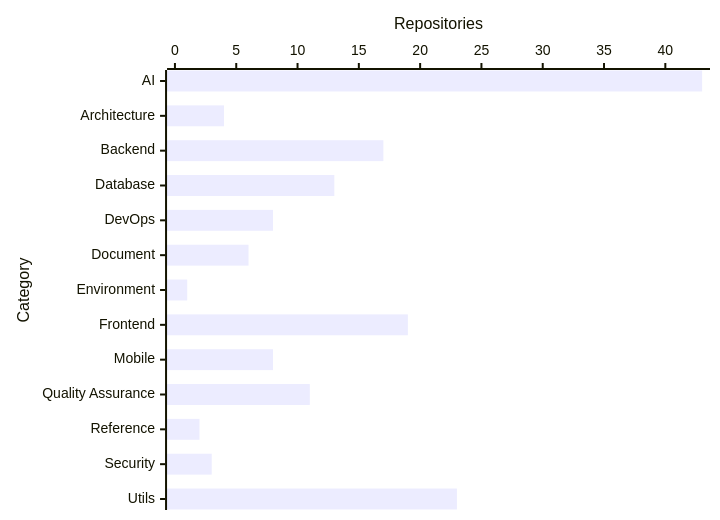
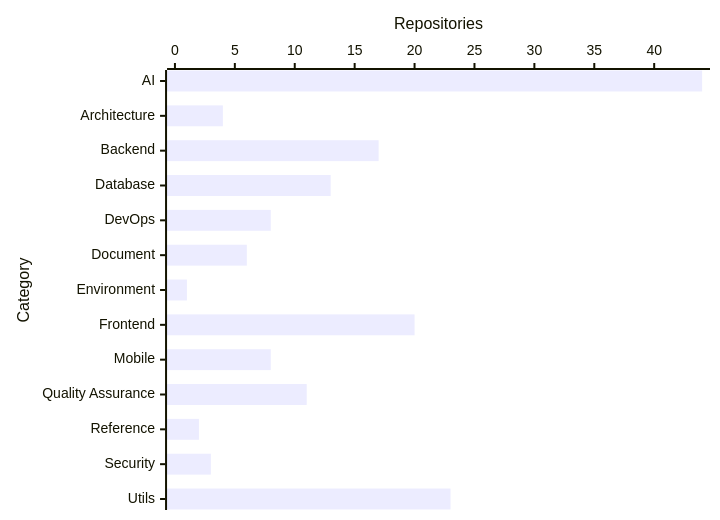
One commit to prawee/resource changed the diagram in README.md. Above: the diagram before and after it, drawn with Mermaid. The commit also changed other lines of this file, not shown here.

````diff
--- a/README.md
+++ b/README.md
@@ -11,6 +11,6 @@
 ```mermaid
 xychart-beta horizontal
     x-axis "Category" ["AI", "Architecture", "Backend", "Database", "DevOps", "Document", "Environment", "Frontend", "Mobile", "Quality Assurance", "Reference", "Security", "Utils"]
-    y-axis "Repositories" 0 --> 43
-    bar [43, 4, 17, 13, 8, 6, 1, 19, 8, 11, 2, 3, 23]
+    y-axis "Repositories" 0 --> 44
+    bar [44, 4, 17, 13, 8, 6, 1, 20, 8, 11, 2, 3, 23]
 ```
````
